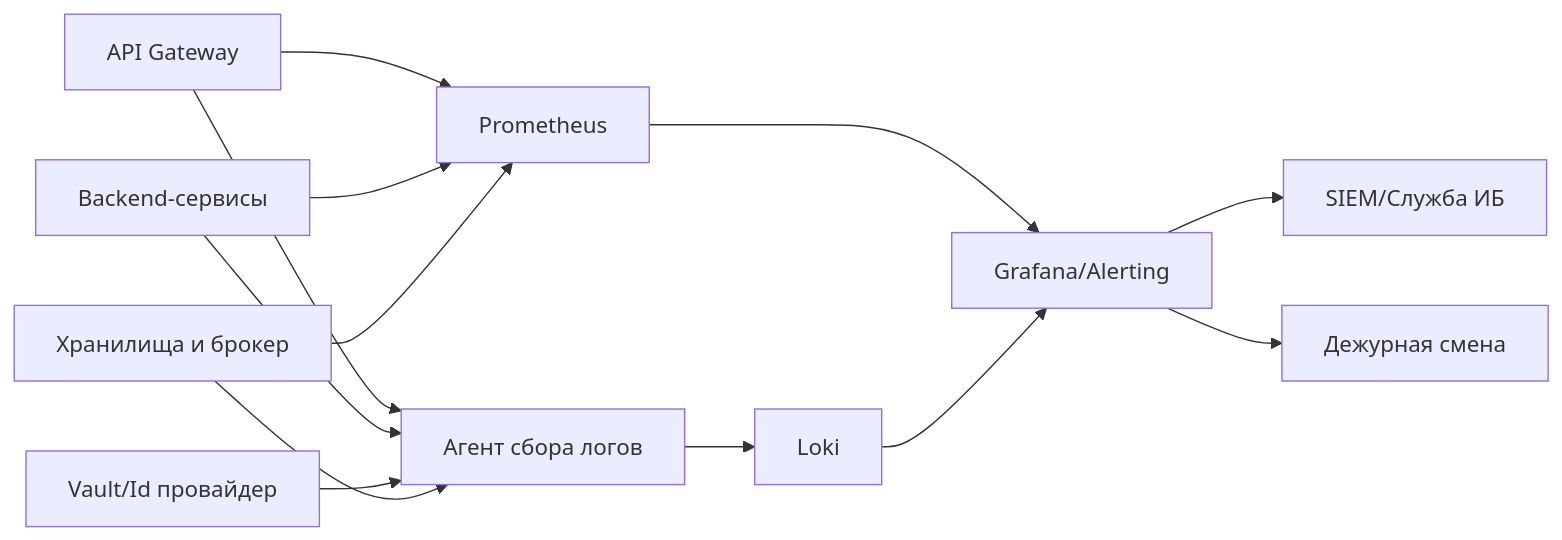
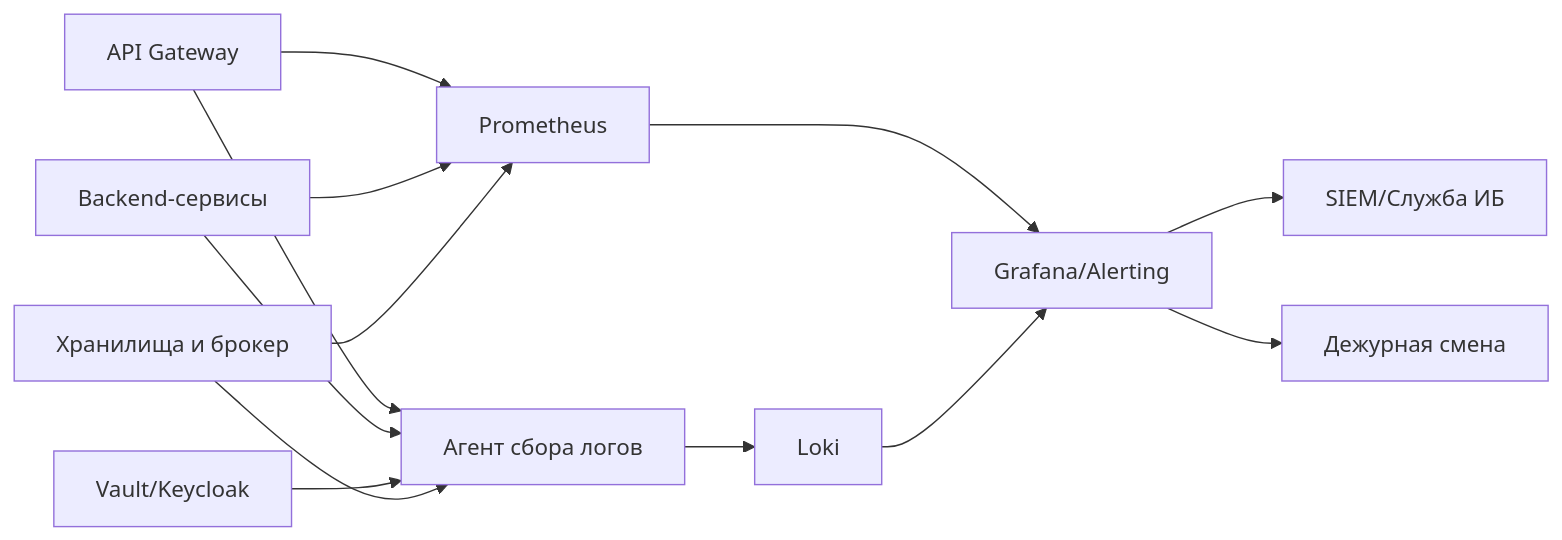
One commit to Trump68/infra changed the eighth of 19 diagrams in Farmadoc_documentation/1.Пояснительная записка к техническому проекту.md. Above: the diagram before and after it, drawn with Mermaid. The commit also changed other lines of this file, not shown here.

````diff
--- a/Farmadoc_documentation/1.Пояснительная записка к техническому проекту.md
+++ b/Farmadoc_documentation/1.Пояснительная записка к техническому проекту.md
@@ -1142,22 +1138,22 @@
 ```mermaid
 flowchart LR
   src1["API Gateway"]
   src2["Backend-сервисы"]
-  src3["Vault/Id провайдер"]
+  src3["Vault/Keycloak"]
   src4["Хранилища и брокер"]
 
   src1 --> logAgent["Агент сбора логов"]
   src2 --> logAgent
   src3 --> logAgent
   src4 --> logAgent
 
   logAgent --> loki["Loki"]
   src1 --> metrics["Prometheus"]
   src2 --> metrics
   src4 --> metrics
 
   metrics --> grafana["Grafana/Alerting"]
   loki --> grafana
   grafana --> siem["SIEM/Служба ИБ"]
   grafana --> duty["Дежурная смена"]
 ```
````
